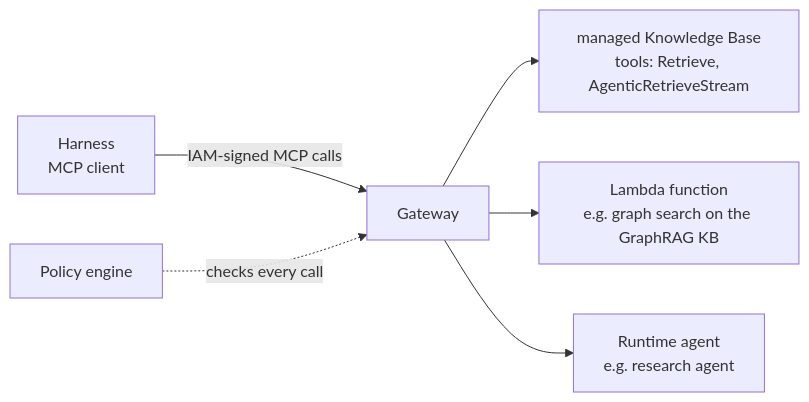
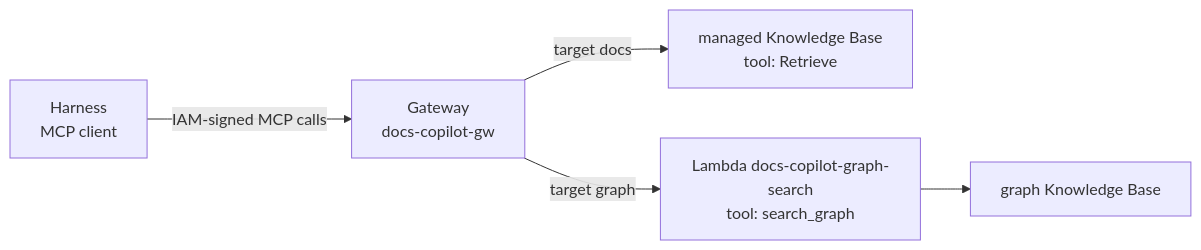
Before and after one commit to yashzord/Docs_Copilot: the fourth of 5 diagrams in docs/learning/aws.md, drawn with Mermaid. The commit also changed other lines of this file and 10 other files, not shown here.

````diff
--- a/docs/learning/aws.md
+++ b/docs/learning/aws.md
@@ -641,8 +739,7 @@
 ```mermaid
 flowchart LR
-    H[Harness<br/>MCP client] -->|IAM-signed MCP calls| G[Gateway]
-    G --> K[managed Knowledge Base<br/>tools: Retrieve, AgenticRetrieveStream]
-    G --> L[Lambda function<br/>e.g. graph search on the GraphRAG KB]
-    G --> R[Runtime agent<br/>e.g. research agent]
-    P[Policy engine] -.checks every call.-> G
+    H[Harness<br/>MCP client] -->|IAM-signed MCP calls| G[Gateway<br/>docs-copilot-gw]
+    G -->|target docs| K[managed Knowledge Base<br/>tool: Retrieve]
+    G -->|target graph| L[Lambda docs-copilot-graph-search<br/>tool: search_graph]
+    L --> GK[graph Knowledge Base]
 ```
````
